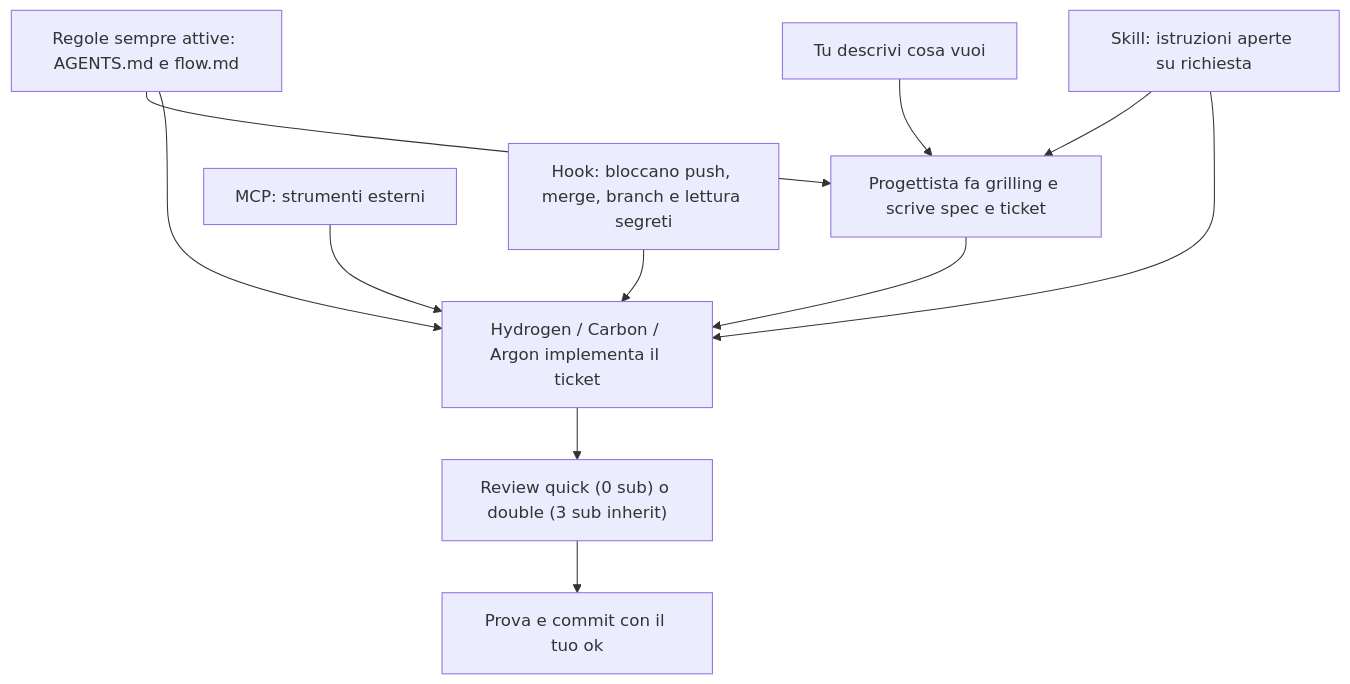
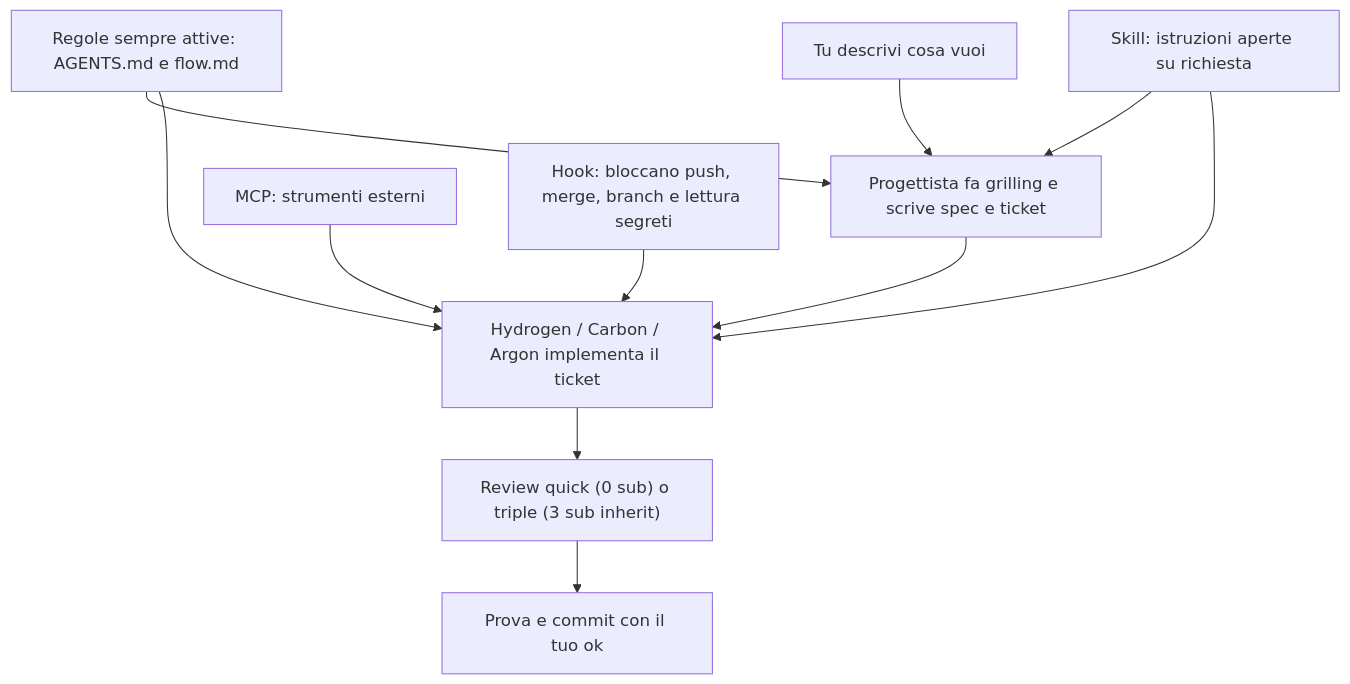
Before and after one commit to justpeppe/just-develop: the diagram in GUIDE.md, drawn with Mermaid. The commit also changed other lines of this file and 17 other files, not shown here.

Commit message:
refactor(flow): semplifica regole e skill v2, allinea docs e valida percorsi hook

````diff
--- a/GUIDE.md
+++ b/GUIDE.md
@@ -77,13 +77,13 @@
 ```mermaid
 flowchart TD
     A["Tu descrivi cosa vuoi"] --> B["Progettista fa grilling e scrive spec e ticket"]
     R["Regole sempre attive: AGENTS.md e flow.md"] --> B
     R --> C
     S["Skill: istruzioni aperte su richiesta"] --> B
     S --> C
     B --> C["Hydrogen / Carbon / Argon implementa il ticket"]
     M["MCP: strumenti esterni"] --> C
     H["Hook: bloccano push, merge, branch e lettura segreti"] --> C
-    C --> D["Review quick (0 sub) o double (3 sub inherit)"]
+    C --> D["Review quick (0 sub) o triple (3 sub inherit)"]
     D --> E["Prova e commit con il tuo ok"]
 ```
````
